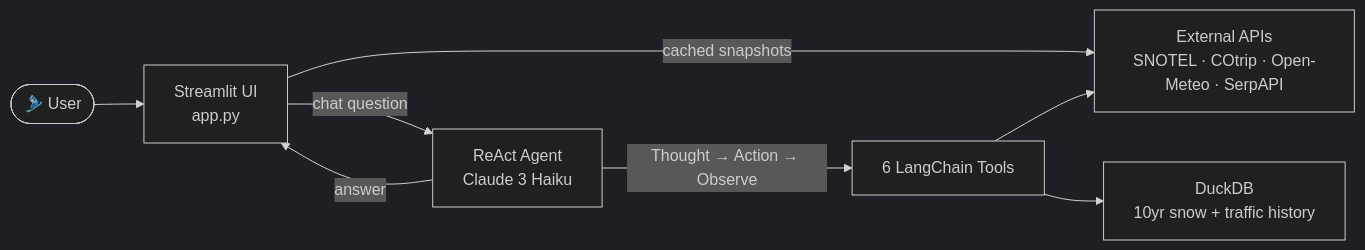
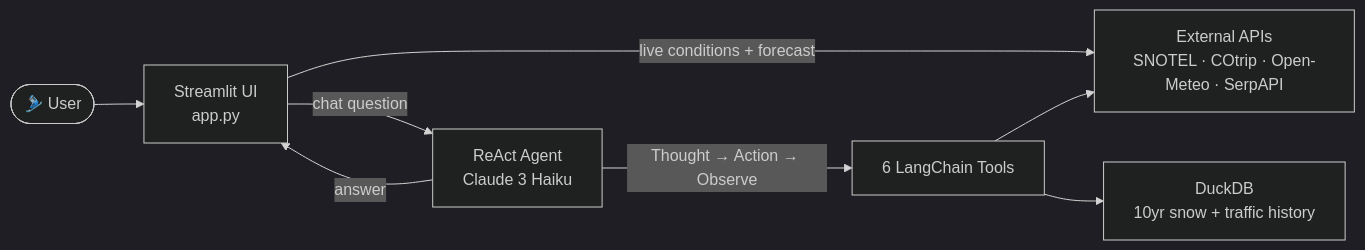
One commit to Ttopiac/colorado-powracle changed the first of 2 diagrams in architecture.md. Above: the diagram before and after it, drawn with Mermaid (dark theme).

Commit message:
Clarify UI→API edge label

````diff
--- a/architecture.md
+++ b/architecture.md
@@ -5,14 +5,14 @@
 ```mermaid
 graph LR
     User(["🎿 User"]) --> UI["Streamlit UI<br/>app.py"]
 
-    UI -->|cached snapshots| APIs["External APIs<br/>SNOTEL · COtrip · Open-Meteo · SerpAPI"]
+    UI -->|live conditions + forecast| APIs["External APIs<br/>SNOTEL · COtrip · Open-Meteo · SerpAPI"]
     UI -->|chat question| Agent["ReAct Agent<br/>Claude 3 Haiku"]
 
     Agent -->|Thought → Action → Observe| Tools["6 LangChain Tools"]
 
     Tools --> APIs
     Tools --> DB["DuckDB<br/>10yr snow + traffic history"]
 
     Agent -->|answer| UI
 ```
````
